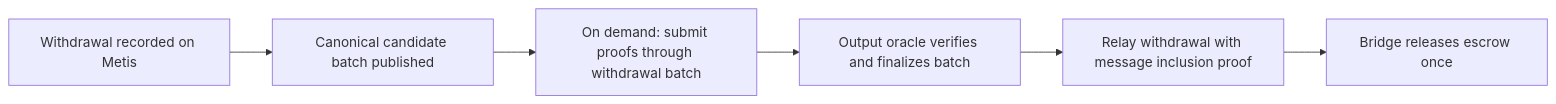
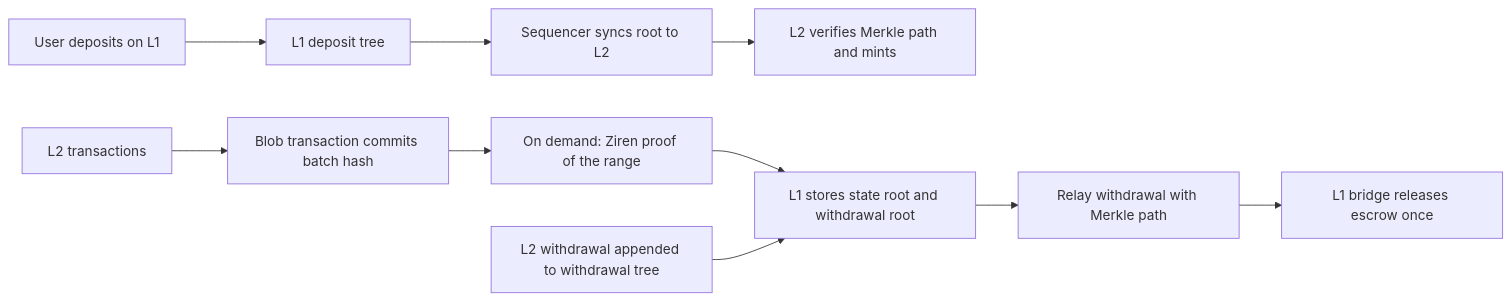
One commit to ProjectZKM/OPSuccinct changed the diagram in docs/bridge.md. Above: the diagram before and after it, drawn with Mermaid. The commit also changed other lines of this file and 4 other files, not shown here.

````diff
--- a/docs/bridge.md
+++ b/docs/bridge.md
@@ -9,8 +20,12 @@
 ```mermaid
 flowchart LR
-    A[Withdrawal recorded on Metis] --> B[Canonical candidate batch published]
-    B --> C[On demand: submit proofs through withdrawal batch]
-    C --> D[Output oracle verifies and finalizes batch]
-    D --> E[Relay withdrawal with message inclusion proof]
-    E --> F[Bridge releases escrow once]
+    D[User deposits on L1] --> DT[L1 deposit tree]
+    DT --> S[Sequencer syncs root to L2]
+    S --> M[L2 verifies Merkle path and mints]
+    T[L2 transactions] --> B[Blob transaction commits batch hash]
+    B --> P[On demand: Ziren proof of the range]
+    P --> F[L1 stores state root and withdrawal root]
+    W[L2 withdrawal appended to withdrawal tree] --> F
+    F --> R[Relay withdrawal with Merkle path]
+    R --> E[L1 bridge releases escrow once]
 ```
````
